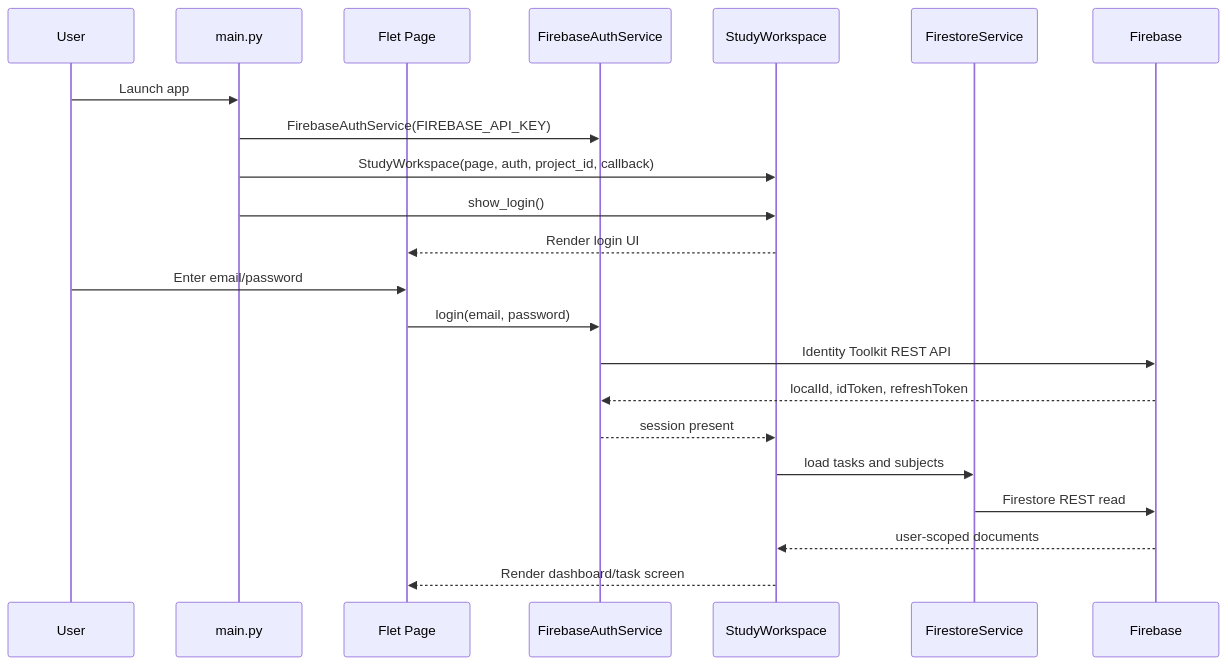
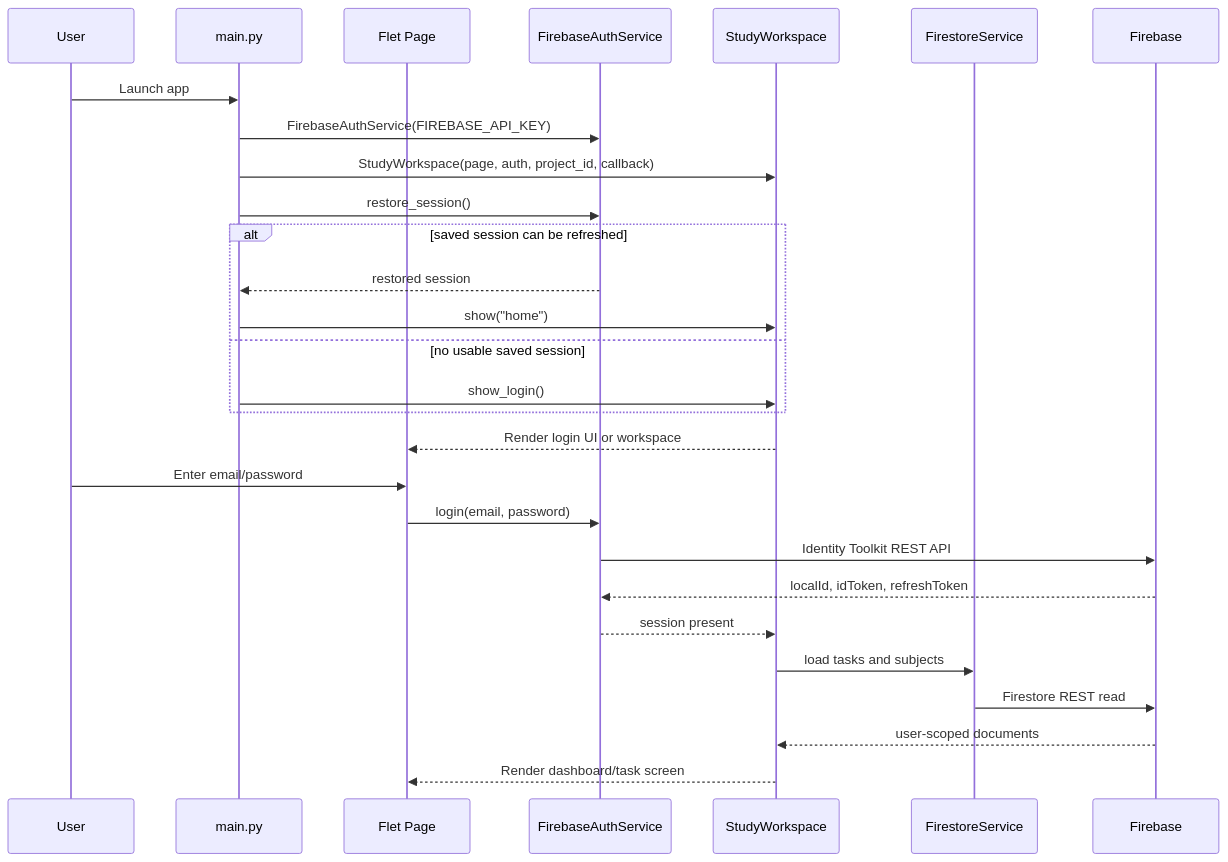
Before and after one commit to WinterSolstice305/smartStudyTaskManagerV1: the first of 4 diagrams in docs/ARCHITECTURE.md, drawn with Mermaid. The commit also changed other lines of this file and 16 other files, not shown here.

````diff
--- a/docs/ARCHITECTURE.md
+++ b/docs/ARCHITECTURE.md
@@ -75,24 +101,30 @@
 ```mermaid
 sequenceDiagram
     participant User
     participant main as main.py
     participant Page as Flet Page
     participant Auth as FirebaseAuthService
     participant Workspace as StudyWorkspace
     participant Firestore as FirestoreService
 
     User->>main: Launch app
     main->>Auth: FirebaseAuthService(FIREBASE_API_KEY)
     main->>Workspace: StudyWorkspace(page, auth, project_id, callback)
-    main->>Workspace: show_login()
-    Workspace-->>Page: Render login UI
+    main->>Auth: restore_session()
+    alt saved session can be refreshed
+        Auth-->>main: restored session
+        main->>Workspace: show("home")
+    else no usable saved session
+        main->>Workspace: show_login()
+    end
+    Workspace-->>Page: Render login UI or workspace
     User->>Page: Enter email/password
     Page->>Auth: login(email, password)
     Auth->>Firebase: Identity Toolkit REST API
     Firebase-->>Auth: localId, idToken, refreshToken
     Auth-->>Workspace: session present
     Workspace->>Firestore: load tasks and subjects
     Firestore->>Firebase: Firestore REST read
     Firebase-->>Workspace: user-scoped documents
     Workspace-->>Page: Render dashboard/task screen
 ```
````
